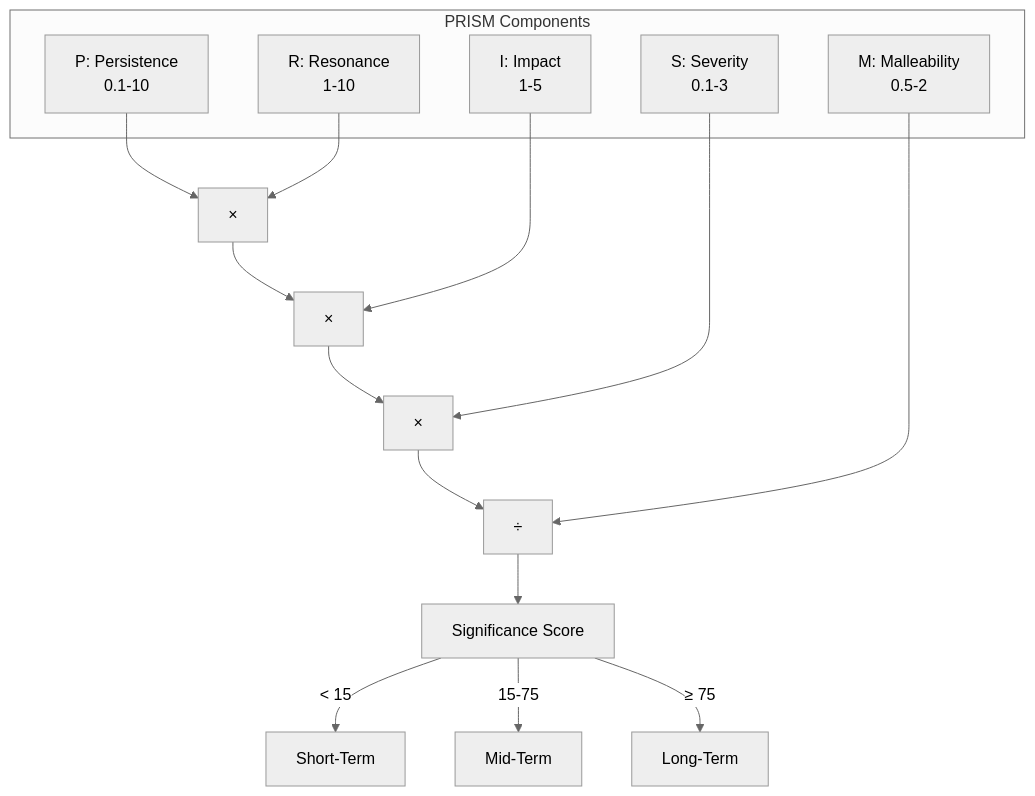
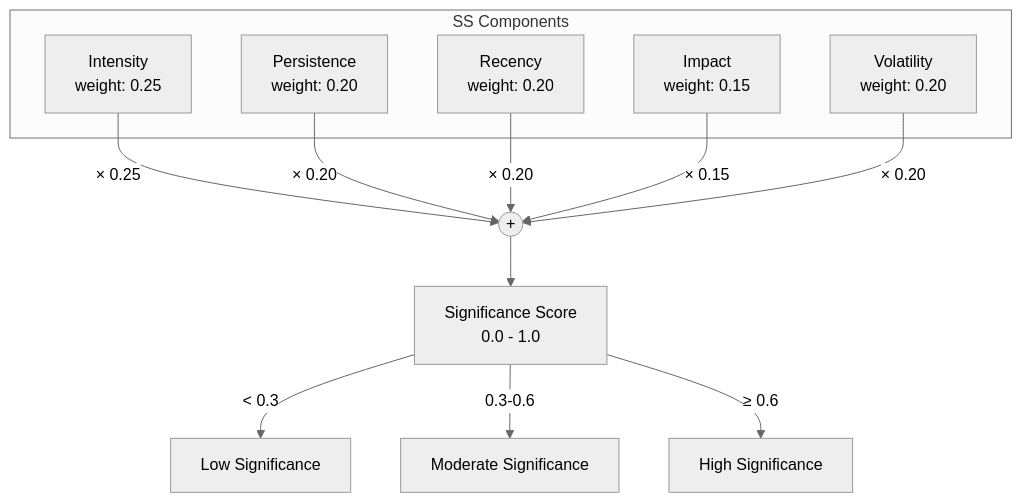
Before and after one commit to V1629/state_analysis_module: diagram 12 of 15 in docs/09-diagrams.md, drawn with Mermaid (neutral theme). The commit also changed other lines of this file and 2 other files, not shown here.

````diff
--- a/docs/09-diagrams.md
+++ b/docs/09-diagrams.md
@@ -402,24 +402,21 @@
 ```mermaid
 graph TB
-    subgraph "PRISM Components"
-        P[P: Persistence<br/>0.1-10]
-        R[R: Resonance<br/>1-10]
-        I[I: Impact<br/>1-5]
-        S[S: Severity<br/>0.1-3]
-        M[M: Malleability<br/>0.5-2]
+    subgraph "SS Components"
+        I[Intensity<br/>weight: 0.25]
+        P[Persistence<br/>weight: 0.20]
+        R[Recency<br/>weight: 0.20]
+        M[Impact<br/>weight: 0.15]
+        V[Volatility<br/>weight: 0.20]
     end
     
-    P --> Mult1[×]
-    R --> Mult1
-    Mult1 --> Mult2[×]
-    I --> Mult2
-    Mult2 --> Mult3[×]
-    S --> Mult3
-    Mult3 --> Div[÷]
-    M --> Div
-    Div --> SS[Significance Score]
+    I --> |× 0.25| Sum((+))
+    P --> |× 0.20| Sum
+    R --> |× 0.20| Sum
+    M --> |× 0.15| Sum
+    V --> |× 0.20| Sum
+    Sum --> SS[Significance Score<br/>0.0 - 1.0]
     
-    SS --> |< 15| ST[Short-Term]
-    SS --> |15-75| MT[Mid-Term]
-    SS --> |≥ 75| LT[Long-Term]
+    SS --> |< 0.3| Low[Low Significance]
+    SS --> |0.3-0.6| Mod[Moderate Significance]
+    SS --> |≥ 0.6| High[High Significance]
 ```
````
